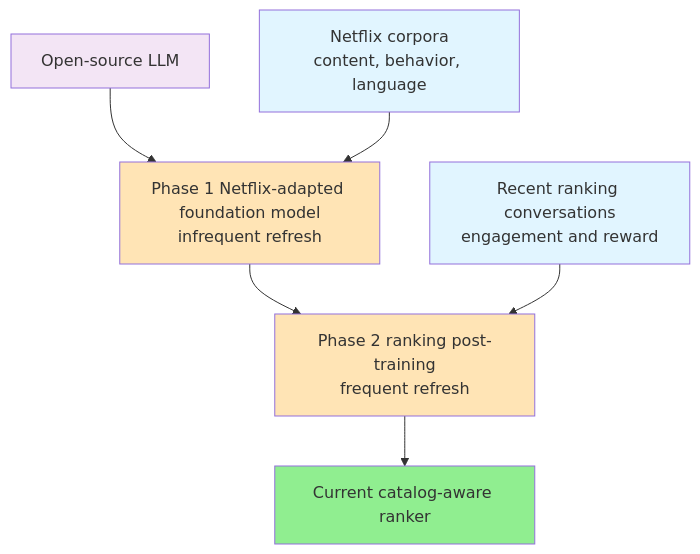
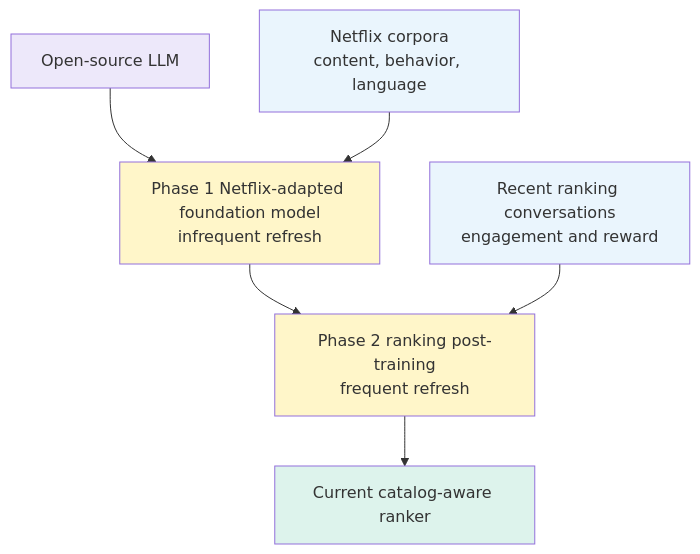
One commit to cartmancodes/InterviewVault changed the third of 4 diagrams in LLD/SystemDesign/IntheWild/HowNetflixBuiltGenRecForLlmNativeRecommendation.md. Above: the diagram before and after it, drawn with Mermaid. The commit also changed other lines of this file and 679 other files, not shown here.

Commit message:
Unify content diagrams and add accessible visual walkthroughs

````diff
--- a/LLD/SystemDesign/IntheWild/HowNetflixBuiltGenRecForLlmNativeRecommendation.md
+++ b/LLD/SystemDesign/IntheWild/HowNetflixBuiltGenRecForLlmNativeRecommendation.md
@@ -132,22 +132,22 @@
 ```mermaid
 graph TB
     O["Open-source LLM"]
     N["Netflix corpora<br/>content, behavior, language"]
     P1["Phase 1 Netflix-adapted foundation model<br/>infrequent refresh"]
     C["Recent ranking conversations<br/>engagement and reward"]
     P2["Phase 2 ranking post-training<br/>frequent refresh"]
     R["Current catalog-aware ranker"]
 
     O --> P1
     N --> P1
     P1 --> P2
     C --> P2
     P2 --> R
 
-    style O fill:#f3e5f5
-    style N fill:#e1f5ff
-    style P1 fill:#FFE4B5
-    style C fill:#e1f5ff
-    style P2 fill:#FFE4B5
-    style R fill:#90EE90
+    style O fill:#EDE8FA
+    style N fill:#EAF5FD
+    style P1 fill:#FFF6C9
+    style C fill:#EAF5FD
+    style P2 fill:#FFF6C9
+    style R fill:#DDF3EC
 ```
````
